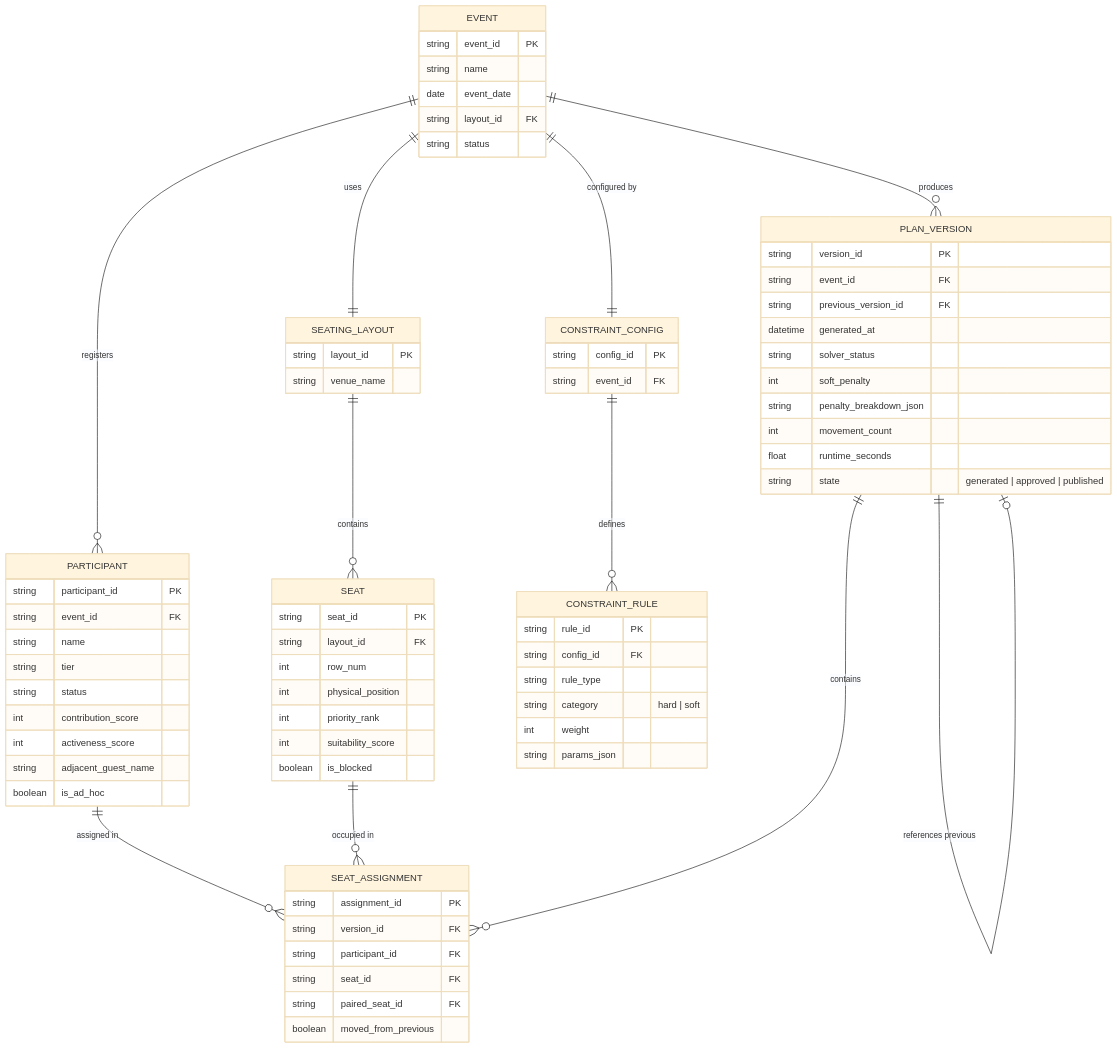
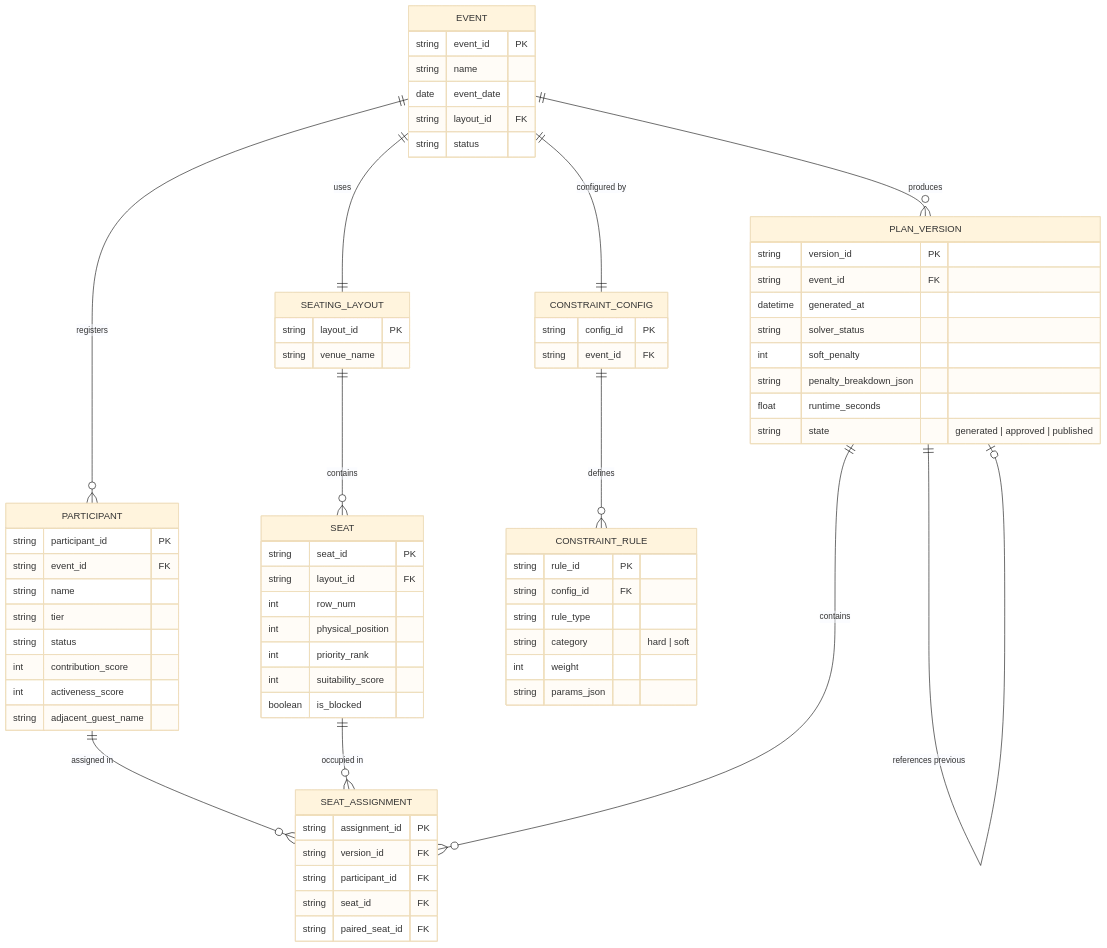
The fifth of 11 diagrams in FYP1/fyp_interim-report-refined.md (DariusShin/FYP-Seating-Allocation), drawn with Mermaid (base theme) before and after one commit. The commit also changed other lines of this file and 8 other files, not shown here.

````diff
--- a/FYP1/fyp_interim-report-refined.md
+++ b/FYP1/fyp_interim-report-refined.md
@@ -375,77 +373,73 @@
 ```mermaid
 erDiagram
     EVENT ||--o{ PARTICIPANT : registers
     EVENT ||--|| SEATING_LAYOUT : uses
     SEATING_LAYOUT ||--o{ SEAT : contains
     EVENT ||--|| CONSTRAINT_CONFIG : "configured by"
     CONSTRAINT_CONFIG ||--o{ CONSTRAINT_RULE : defines
     EVENT ||--o{ PLAN_VERSION : produces
     PLAN_VERSION ||--o{ SEAT_ASSIGNMENT : contains
     PARTICIPANT ||--o{ SEAT_ASSIGNMENT : "assigned in"
     SEAT ||--o{ SEAT_ASSIGNMENT : "occupied in"
     PLAN_VERSION ||--o| PLAN_VERSION : "references previous"
 
     EVENT {
         string event_id PK
         string name
         date event_date
         string layout_id FK
         string status
     }
     PARTICIPANT {
         string participant_id PK
         string event_id FK
         string name
         string tier
         string status
         int contribution_score
         int activeness_score
         string adjacent_guest_name
-        boolean is_ad_hoc
     }
     SEATING_LAYOUT {
         string layout_id PK
         string venue_name
     }
     SEAT {
         string seat_id PK
         string layout_id FK
         int row_num
         int physical_position
         int priority_rank
         int suitability_score
         boolean is_blocked
     }
     CONSTRAINT_CONFIG {
         string config_id PK
         string event_id FK
     }
     CONSTRAINT_RULE {
         string rule_id PK
         string config_id FK
         string rule_type
         string category "hard | soft"
         int weight
         string params_json
     }
     PLAN_VERSION {
         string version_id PK
         string event_id FK
-        string previous_version_id FK
         datetime generated_at
         string solver_status
         int soft_penalty
         string penalty_breakdown_json
-        int movement_count
         float runtime_seconds
         string state "generated | approved | published"
     }
     SEAT_ASSIGNMENT {
         string assignment_id PK
         string version_id FK
         string participant_id FK
         string seat_id FK
         string paired_seat_id FK
-        boolean moved_from_previous
     }
 ```
````
